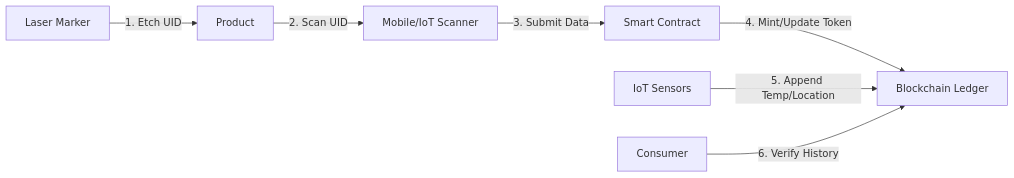
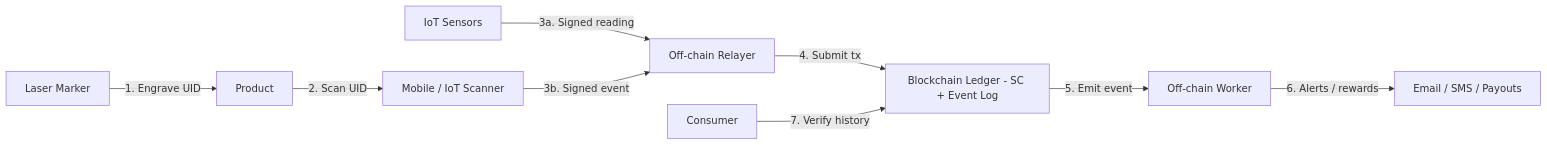
Before and after one commit to andreibesleaga/awesome-blockchain-greentech: the diagram in Innovative Projects/Certification Supply-Chain/README.md, drawn with Mermaid. The commit also changed other lines of this file and 31 other files, not shown here.

````diff
--- a/Innovative Projects/Certification Supply-Chain/README.md
+++ b/Innovative Projects/Certification Supply-Chain/README.md
@@ -34,10 +36,11 @@
 ```mermaid
 graph LR
-    Laser[Laser Marker] -->|1. Etch UID| Product
-    Product -->|2. Scan UID| App[Mobile/IoT Scanner]
-    App -->|3. Submit Data| SC[Smart Contract]
-    SC -->|4. Mint/Update Token| DLT[Blockchain Ledger]
-    Oracle[IoT Sensors] -->|5. Append Temp/Location| DLT
-    Consumer -->|6. Verify History| DLT
-
+    Laser[Laser Marker] -->|1. Engrave UID| Product
+    Product -->|2. Scan UID| App[Mobile / IoT Scanner]
+    Oracle[IoT Sensors] -->|3a. Signed reading| Relayer[Off-chain Relayer]
+    App -->|3b. Signed event| Relayer
+    Relayer -->|4. Submit tx| DLT[Blockchain Ledger - SC + Event Log]
+    DLT -->|5. Emit event| Worker[Off-chain Worker]
+    Worker -->|6. Alerts / rewards| External[Email / SMS / Payouts]
+    Consumer -->|7. Verify history| DLT
 ```
````
